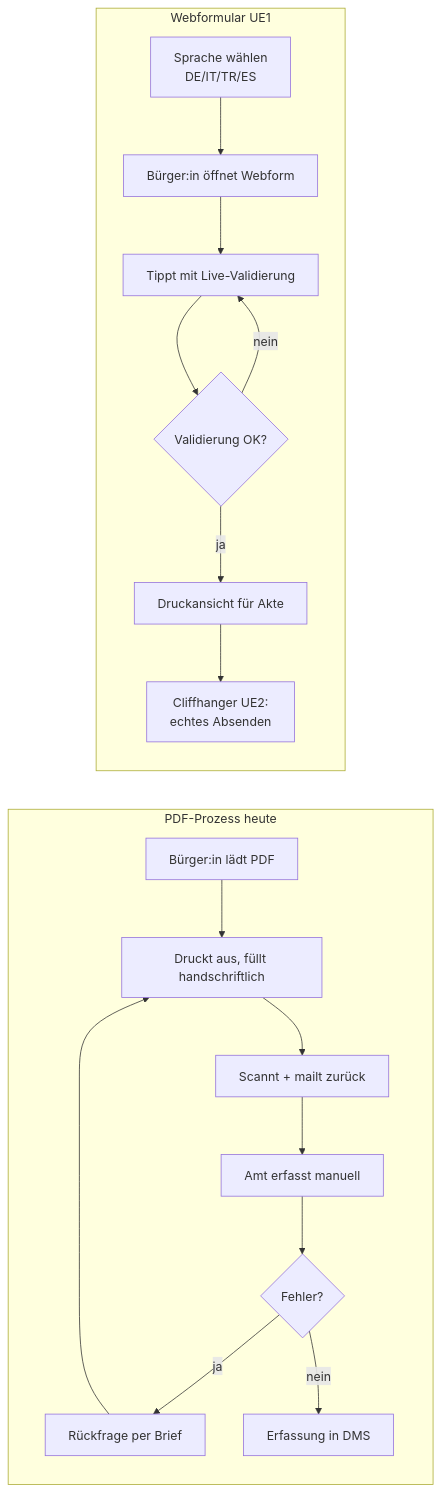
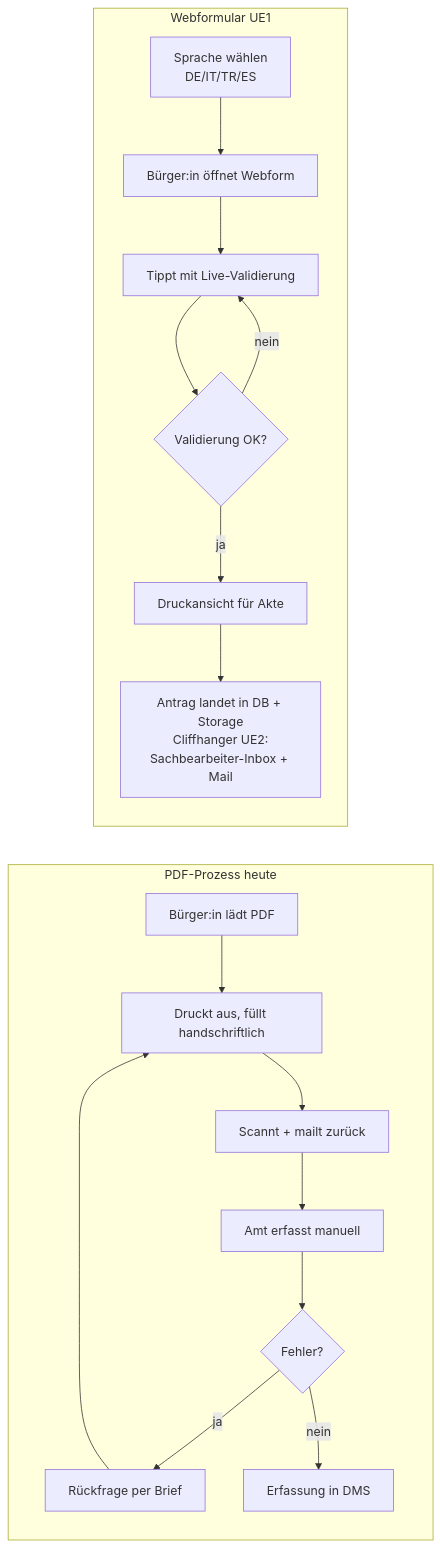
One commit to swrobuts/DigitalisierungVerwaltung changed the diagram in ue1/webformular/01-konzept.md. Above: the diagram before and after it, drawn with Mermaid. The commit also changed other lines of this file and 2 other files, not shown here.

````diff
--- a/ue1/webformular/01-konzept.md
+++ b/ue1/webformular/01-konzept.md
@@ -17,26 +17,26 @@
 ```mermaid
 flowchart LR
     subgraph PDF["PDF-Prozess heute"]
         A1[Bürger:in lädt PDF]
         A2[Druckt aus, füllt handschriftlich]
         A3[Scannt + mailt zurück]
         A4[Amt erfasst manuell]
         A5{Fehler?}
         A6[Rückfrage per Brief]
         A7[Erfassung in DMS]
         A1 --> A2 --> A3 --> A4 --> A5
         A5 -->|ja| A6 --> A2
         A5 -->|nein| A7
     end
     subgraph WEB["Webformular UE1"]
         B0[Sprache wählen<br/>DE/IT/TR/ES]
         B1[Bürger:in öffnet Webform]
         B2[Tippt mit Live-Validierung]
         B3{Validierung OK?}
         B4[Druckansicht für Akte]
-        B5[Cliffhanger UE2:<br/>echtes Absenden]
+        B5[Antrag landet in DB + Storage<br/>Cliffhanger UE2:<br/>Sachbearbeiter-Inbox + Mail]
         B0 --> B1 --> B2 --> B3
         B3 -->|nein| B2
         B3 -->|ja| B4 --> B5
     end
 ```
````
